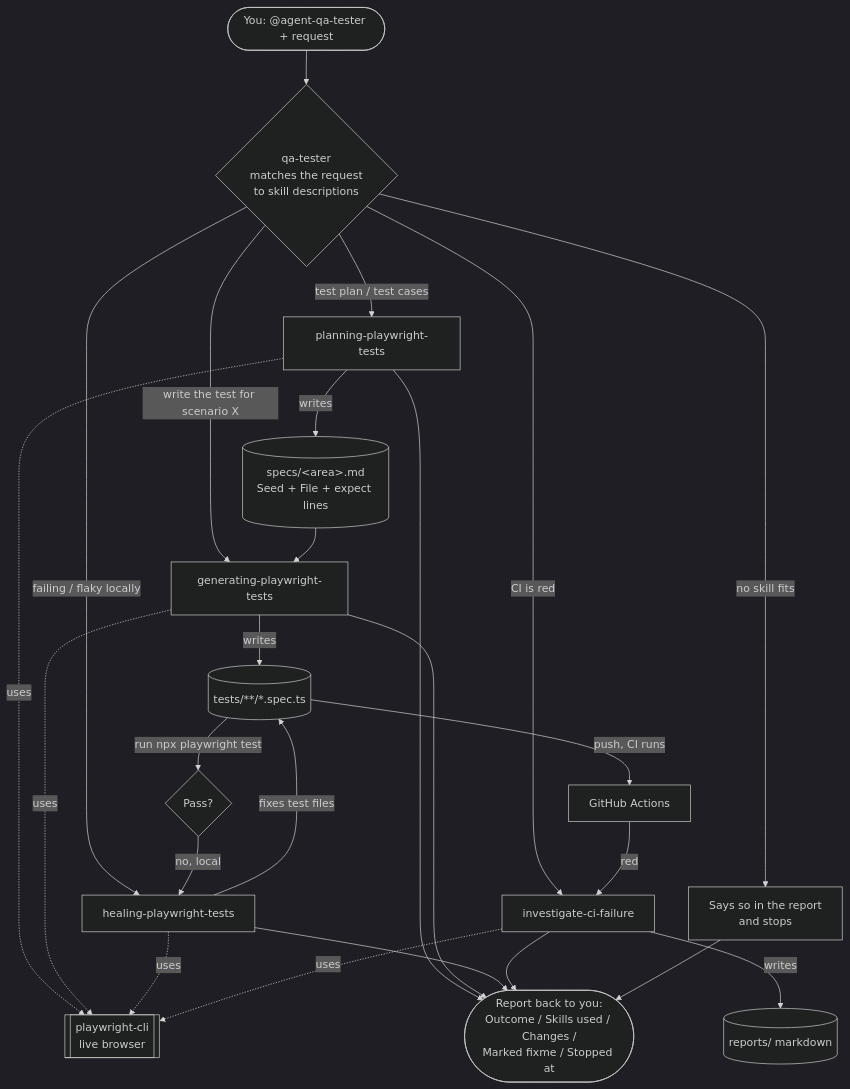
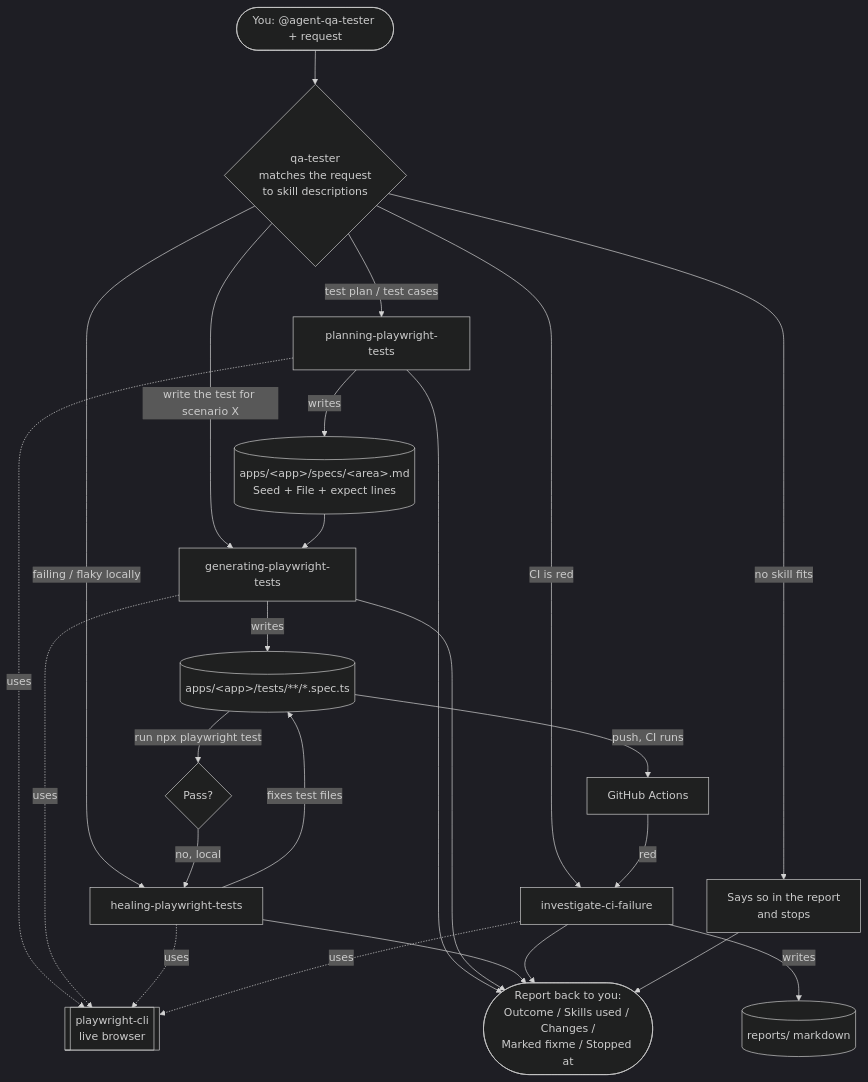
Before and after one commit to Ric-are-do/AgenticTesting: the diagram in lessons learned/11-qa-tester-super-agent.md, drawn with Mermaid (dark theme). The commit also changed other lines of this file and 16 other files, not shown here.

````diff
--- a/lessons learned/11-qa-tester-super-agent.md
+++ b/lessons learned/11-qa-tester-super-agent.md
@@ -67,28 +67,28 @@
 ```mermaid
 flowchart TD
     you([You: @agent-qa-tester + request]) --> tester{qa-tester<br/>matches the request<br/>to skill descriptions}
 
     tester -->|"test plan / test cases"| plan[planning-playwright-tests]
     tester -->|"write the test for scenario X"| gen[generating-playwright-tests]
     tester -->|"failing / flaky locally"| heal[healing-playwright-tests]
     tester -->|"CI is red"| ci[investigate-ci-failure]
     tester -->|"no skill fits"| none[Says so in the report<br/>and stops]
 
-    plan -->|writes| specs[(specs/&lt;area&gt;.md<br/>Seed + File + expect lines)]
+    plan -->|writes| specs[(apps/&lt;app&gt;/specs/&lt;area&gt;.md<br/>Seed + File + expect lines)]
     specs --> gen
-    gen -->|writes| tests[(tests/**/*.spec.ts)]
+    gen -->|writes| tests[(apps/&lt;app&gt;/tests/**/*.spec.ts)]
     tests -->|run npx playwright test| result{Pass?}
     result -->|no, local| heal
     heal -->|fixes test files| tests
     tests -->|push, CI runs| gha[GitHub Actions]
     gha -->|red| ci
     ci -->|writes| report[(reports/ markdown)]
 
     cli[[playwright-cli<br/>live browser]]
     plan -.uses.-> cli
     gen -.uses.-> cli
     heal -.uses.-> cli
     ci -.uses.-> cli
 
     plan & gen & heal & ci & none --> out([Report back to you:<br/>Outcome / Skills used / Changes /<br/>Marked fixme / Stopped at])
 ```
````
